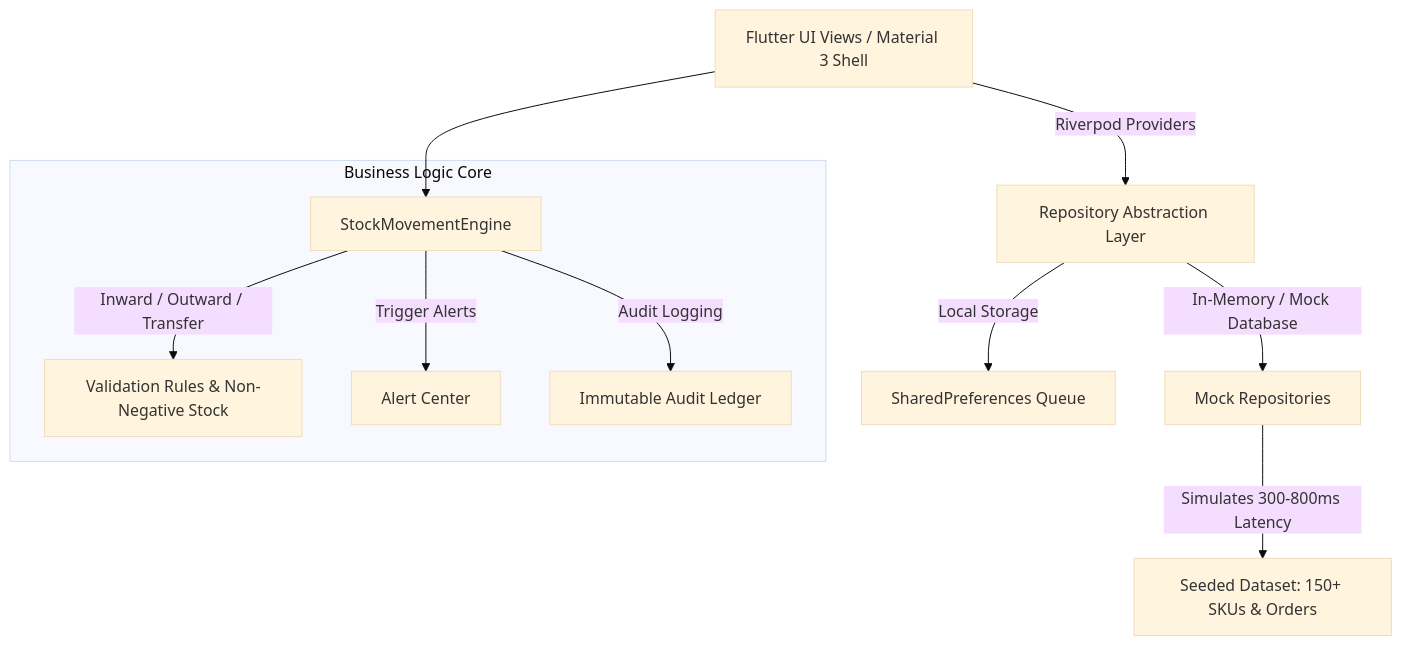
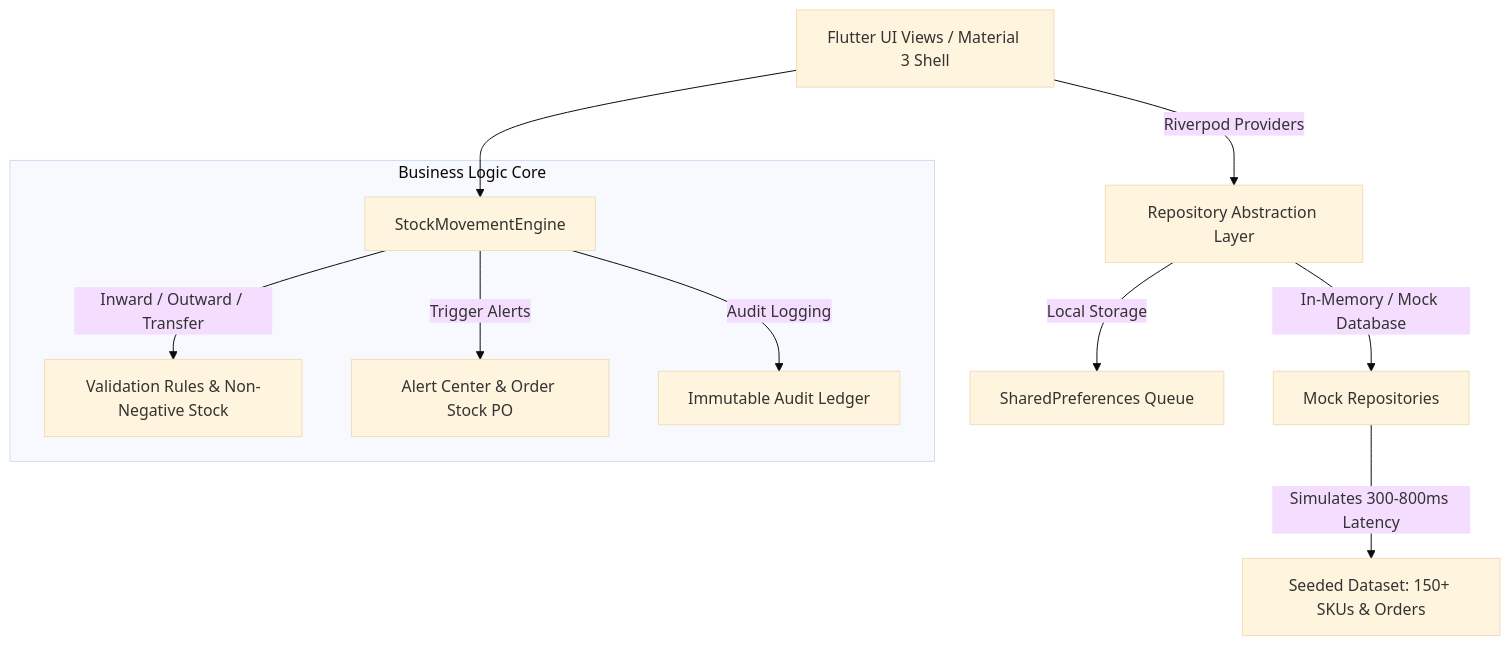
Before and after one commit to AtharvaKalekar/StockSense: the diagram in README.md, drawn with Mermaid (base theme). The commit also changed other lines of this file, not shown here.

Commit message:
docs: add comprehensive README with features, architecture, and Vercel guide

````diff
--- a/README.md
+++ b/README.md
@@ -15,15 +53,15 @@
 ```mermaid
 graph TD
     A[Flutter UI Views / Material 3 Shell] -->|Riverpod Providers| B[Repository Abstraction Layer]
     B -->|In-Memory / Mock Database| C[Mock Repositories]
     B -->|Local Storage| D[SharedPreferences Queue]
     C -->|Simulates 300-800ms Latency| E[Seeded Dataset: 150+ SKUs & Orders]
     
     subgraph Business Logic Core
         F[StockMovementEngine] -->|Inward / Outward / Transfer| G[Validation Rules & Non-Negative Stock]
-        F -->|Trigger Alerts| H[Alert Center]
+        F -->|Trigger Alerts| H[Alert Center & Order Stock PO]
         F -->|Audit Logging| I[Immutable Audit Ledger]
     end
     
     A --> F
 ```
````
